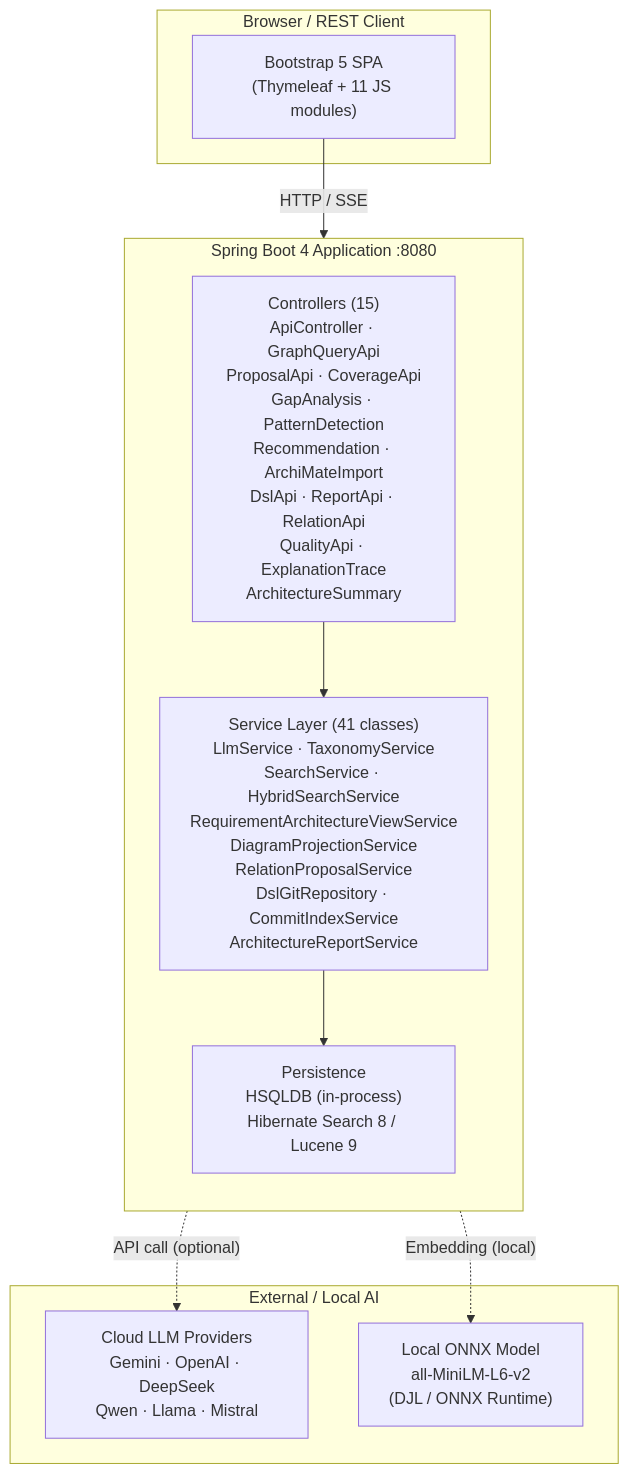
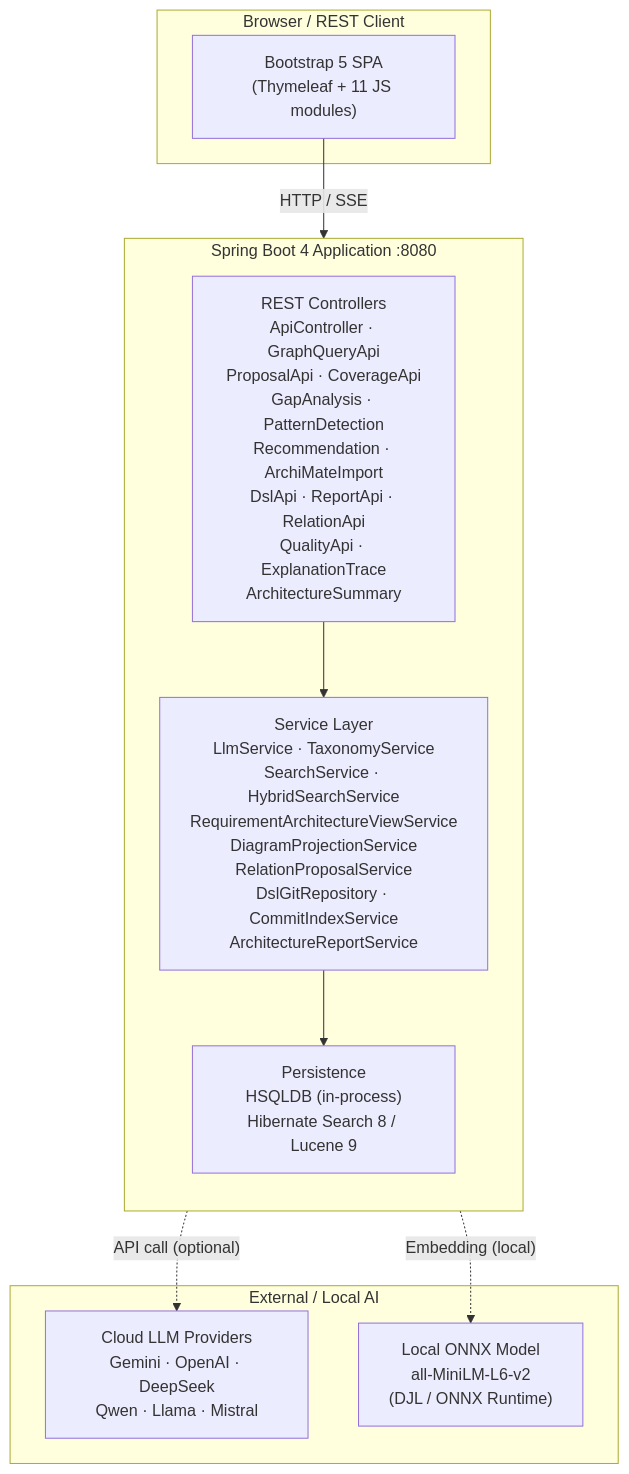
One commit to carstenartur/Taxonomy changed the first of 5 diagrams in docs/ARCHITECTURE.md. Above: the diagram before and after it, drawn with Mermaid. The commit also changed 9 other files, not shown here.

````diff
--- a/docs/ARCHITECTURE.md
+++ b/docs/ARCHITECTURE.md
@@ -35,24 +35,24 @@
 ```mermaid
 graph TB
     subgraph Client["Browser / REST Client"]
         UI["Bootstrap 5 SPA<br/>(Thymeleaf + 11 JS modules)"]
     end
 
     subgraph App["Spring Boot 4 Application :8080"]
         direction TB
-        Controllers["Controllers (15)<br/>ApiController · GraphQueryApi<br/>ProposalApi · CoverageApi<br/>GapAnalysis · PatternDetection<br/>Recommendation · ArchiMateImport<br/>DslApi · ReportApi · RelationApi<br/>QualityApi · ExplanationTrace<br/>ArchitectureSummary"]
-        Services["Service Layer (41 classes)<br/>LlmService · TaxonomyService<br/>SearchService · HybridSearchService<br/>RequirementArchitectureViewService<br/>DiagramProjectionService<br/>RelationProposalService<br/>DslGitRepository · CommitIndexService<br/>ArchitectureReportService"]
+        Controllers["REST Controllers<br/>ApiController · GraphQueryApi<br/>ProposalApi · CoverageApi<br/>GapAnalysis · PatternDetection<br/>Recommendation · ArchiMateImport<br/>DslApi · ReportApi · RelationApi<br/>QualityApi · ExplanationTrace<br/>ArchitectureSummary"]
+        Services["Service Layer<br/>LlmService · TaxonomyService<br/>SearchService · HybridSearchService<br/>RequirementArchitectureViewService<br/>DiagramProjectionService<br/>RelationProposalService<br/>DslGitRepository · CommitIndexService<br/>ArchitectureReportService"]
         Persistence["Persistence<br/>HSQLDB (in-process)<br/>Hibernate Search 8 / Lucene 9"]
     end
 
     subgraph External["External / Local AI"]
         LLM["Cloud LLM Providers<br/>Gemini · OpenAI · DeepSeek<br/>Qwen · Llama · Mistral"]
         ONNX["Local ONNX Model<br/>all-MiniLM-L6-v2<br/>(DJL / ONNX Runtime)"]
     end
 
     UI -->|"HTTP / SSE"| Controllers
     Controllers --> Services
     Services --> Persistence
     Services -.->|"API call (optional)"| LLM
     Services -.->|"Embedding (local)"| ONNX
 ```
````
